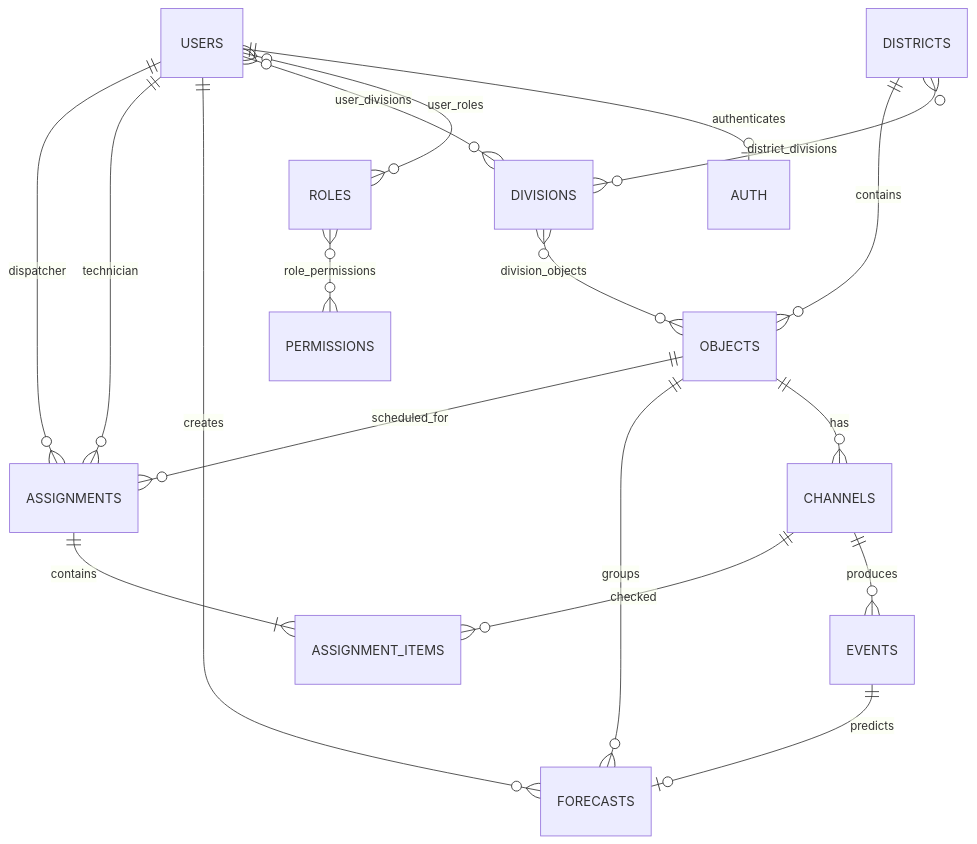
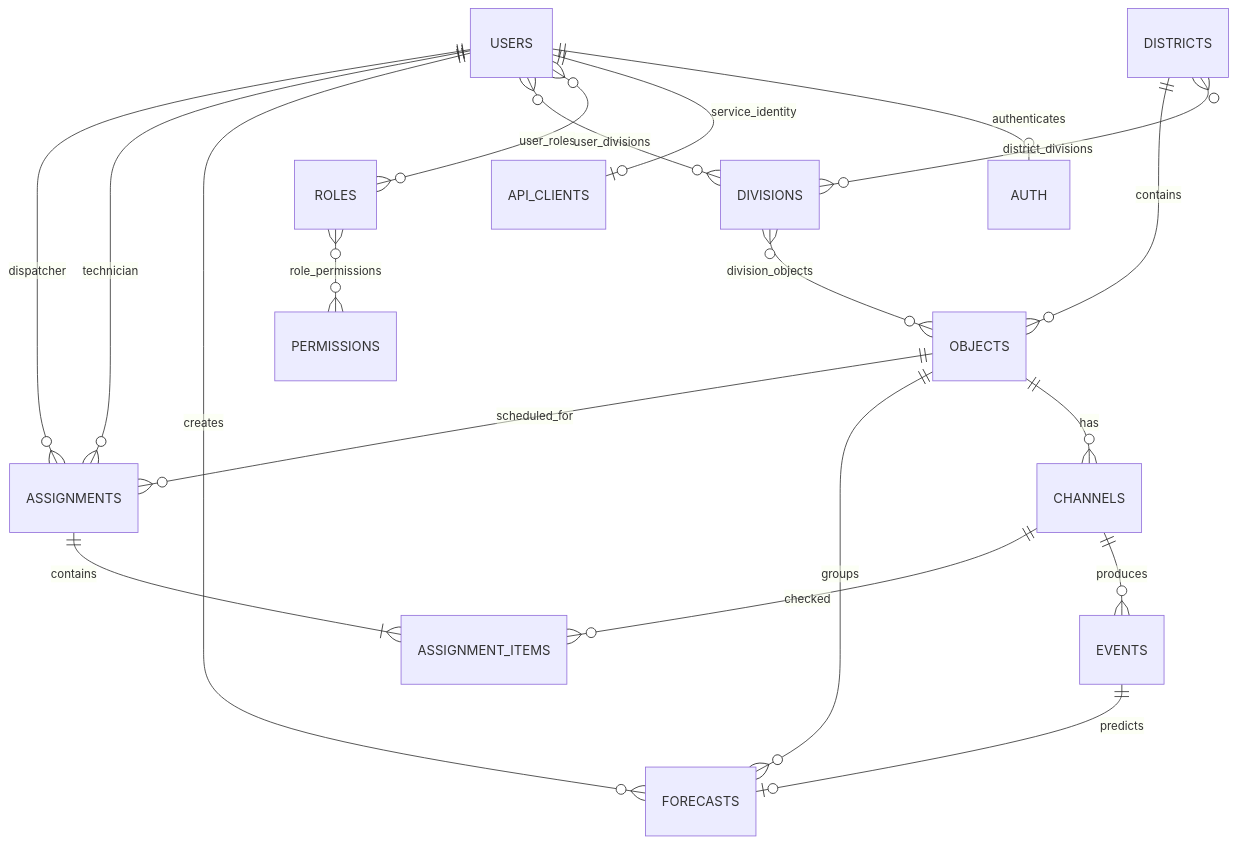
One commit to andymiko/mk_sensors changed the second of 2 diagrams in README.md. Above: the diagram before and after it, drawn with Mermaid. The commit also changed other lines of this file and 15 other files, not shown here.

````diff
--- a/README.md
+++ b/README.md
@@ -214,20 +232,21 @@
 ```mermaid
 erDiagram
     USERS ||--o| AUTH : authenticates
+    USERS ||--o| API_CLIENTS : service_identity
     USERS }o--o{ ROLES : user_roles
     ROLES }o--o{ PERMISSIONS : role_permissions
     USERS }o--o{ DIVISIONS : user_divisions
     DISTRICTS }o--o{ DIVISIONS : district_divisions
     DIVISIONS }o--o{ OBJECTS : division_objects
     DISTRICTS ||--o{ OBJECTS : contains
     OBJECTS ||--o{ CHANNELS : has
     CHANNELS ||--o{ EVENTS : produces
     EVENTS ||--o| FORECASTS : predicts
     USERS ||--o{ FORECASTS : creates
     OBJECTS ||--o{ FORECASTS : groups
     OBJECTS ||--o{ ASSIGNMENTS : scheduled_for
     USERS ||--o{ ASSIGNMENTS : technician
     USERS ||--o{ ASSIGNMENTS : dispatcher
     ASSIGNMENTS ||--|{ ASSIGNMENT_ITEMS : contains
     CHANNELS ||--o{ ASSIGNMENT_ITEMS : checked
 ```
````
